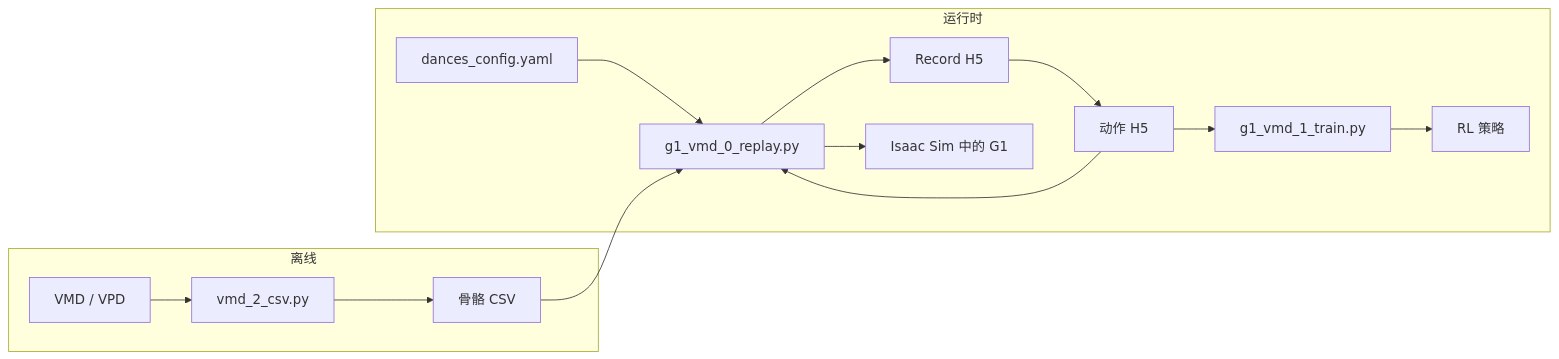
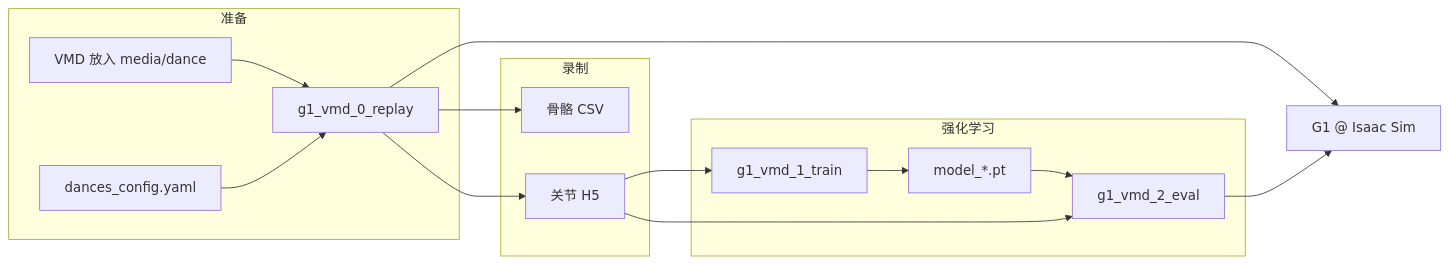
The diagram in README.md (Jasy6307/Isaac-Robot-MMD), drawn with Mermaid before and after one commit. The commit also changed other lines of this file and 103 other files, not shown here.

````diff
--- a/README.md
+++ b/README.md
@@ -65,17 +54,19 @@
 ```mermaid
 flowchart LR
-  subgraph offline [离线]
-    VMD[VMD / VPD] --> vmd2csv[vmd_2_csv.py]
-    vmd2csv --> CSV[骨骼 CSV]
+  subgraph prep [准备]
+    VMD[VMD 放入 media/dance] --> replay[g1_vmd_0_replay]
+    YAML[dances_config.yaml] --> replay
   end
-  subgraph runtime [运行时]
-    YAML[dances_config.yaml] --> playback[g1_vmd_0_replay.py]
-    CSV --> playback
-    playback --> record[Record H5]
-    record --> H5[动作 H5]
-    H5 --> playback
-    playback --> sim[Isaac Sim 中的 G1]
-    H5 --> train[g1_vmd_1_train.py]
-    train --> policy[RL 策略]
+  subgraph record [录制]
+    replay --> CSV[骨骼 CSV]
+    replay --> H5[关节 H5]
   end
+  subgraph rl [强化学习]
+    H5 --> train[g1_vmd_1_train]
+    train --> ckpt[model_*.pt]
+    ckpt --> eval[g1_vmd_2_eval]
+    H5 --> eval
+  end
+  replay --> sim[G1 @ Isaac Sim]
+  eval --> sim
 ```
````
